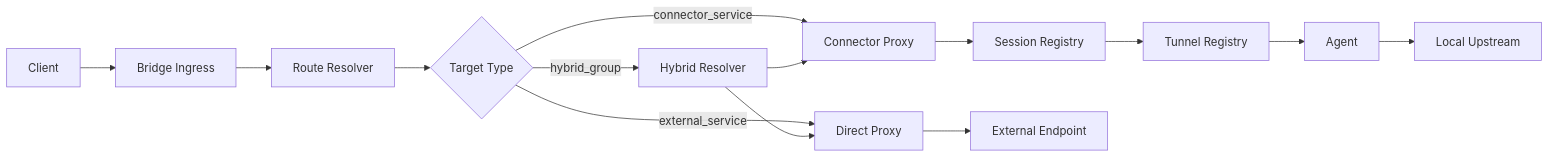
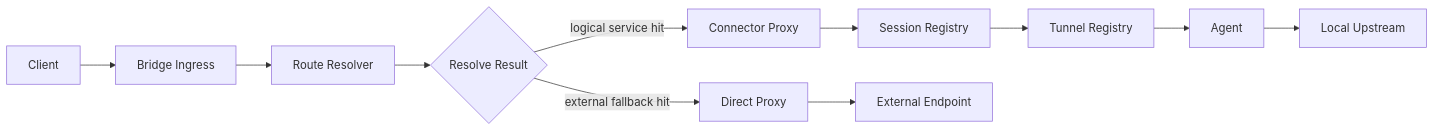
Before and after one commit to lifei6671/devbridge-loop: the first of 6 diagrams in docs/Agent‑and‑Bridge‑Implementation‑Technical‑Design.md, drawn with Mermaid. The commit also changed other lines of this file and 4 other files, not shown here.

````diff
--- a/docs/Agent‑and‑Bridge‑Implementation‑Technical‑Design.md
+++ b/docs/Agent‑and‑Bridge‑Implementation‑Technical‑Design.md
@@ -145,19 +146,16 @@
 ```mermaid
 flowchart LR
     C[Client] --> I[Bridge Ingress]
     I --> R[Route Resolver]
-    R --> T{Target Type}
+    R --> T{Resolve Result}
 
-    T -->|connector_service| CP[Connector Proxy]
-    T -->|external_service| DP[Direct Proxy]
-    T -->|hybrid_group| HY[Hybrid Resolver]
+    T -->|logical service hit| CP[Connector Proxy]
+    T -->|external fallback hit| DP[Direct Proxy]
 
     CP --> SR[Session Registry]
     SR --> TR[Tunnel Registry]
     TR --> A[Agent]
     A --> U[Local Upstream]
 
     DP --> E[External Endpoint]
-    HY --> CP
-    HY --> DP
 ```
````
